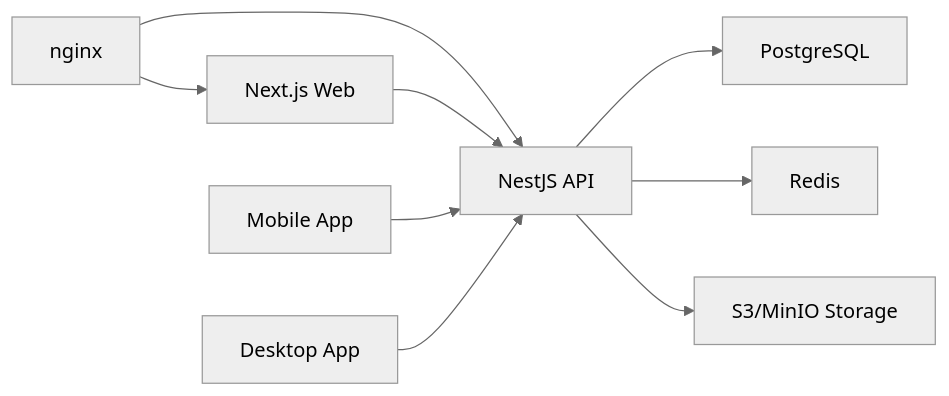
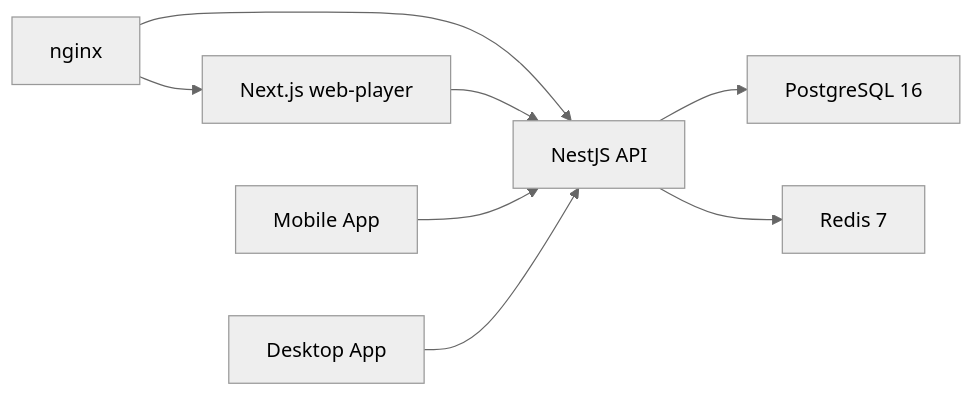
The fifth of 5 diagrams in apps/docs/docs/getting-started/architecture.md (Lordpluha/spotify-clone), drawn with Mermaid (neutral theme) before and after one commit. The commit also changed other lines of this file and 77 other files, not shown here.

````diff
--- a/apps/docs/docs/getting-started/architecture.md
+++ b/apps/docs/docs/getting-started/architecture.md
@@ -238,11 +253,10 @@
 ```mermaid
 graph LR
-    A[nginx] --> B[Next.js Web]
+    A[nginx] --> B[Next.js web-player]
     A --> C[NestJS API]
-    C --> D[PostgreSQL]
-    C --> E[Redis]
-    C --> F[S3/MinIO Storage]
+    C --> D[PostgreSQL 16]
+    C --> E[Redis 7]
     B --> C
     G[Mobile App] --> C
     H[Desktop App] --> C
 ```
````
